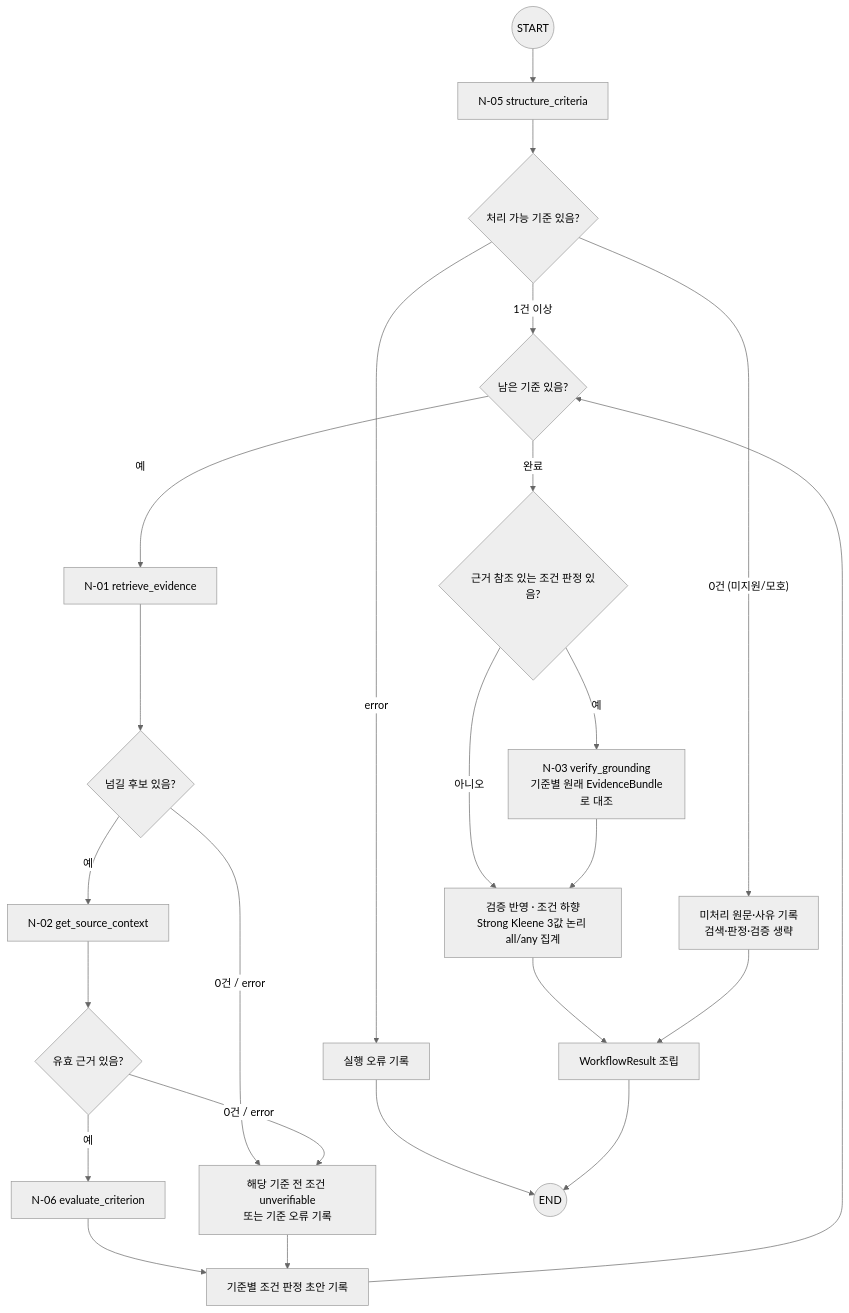
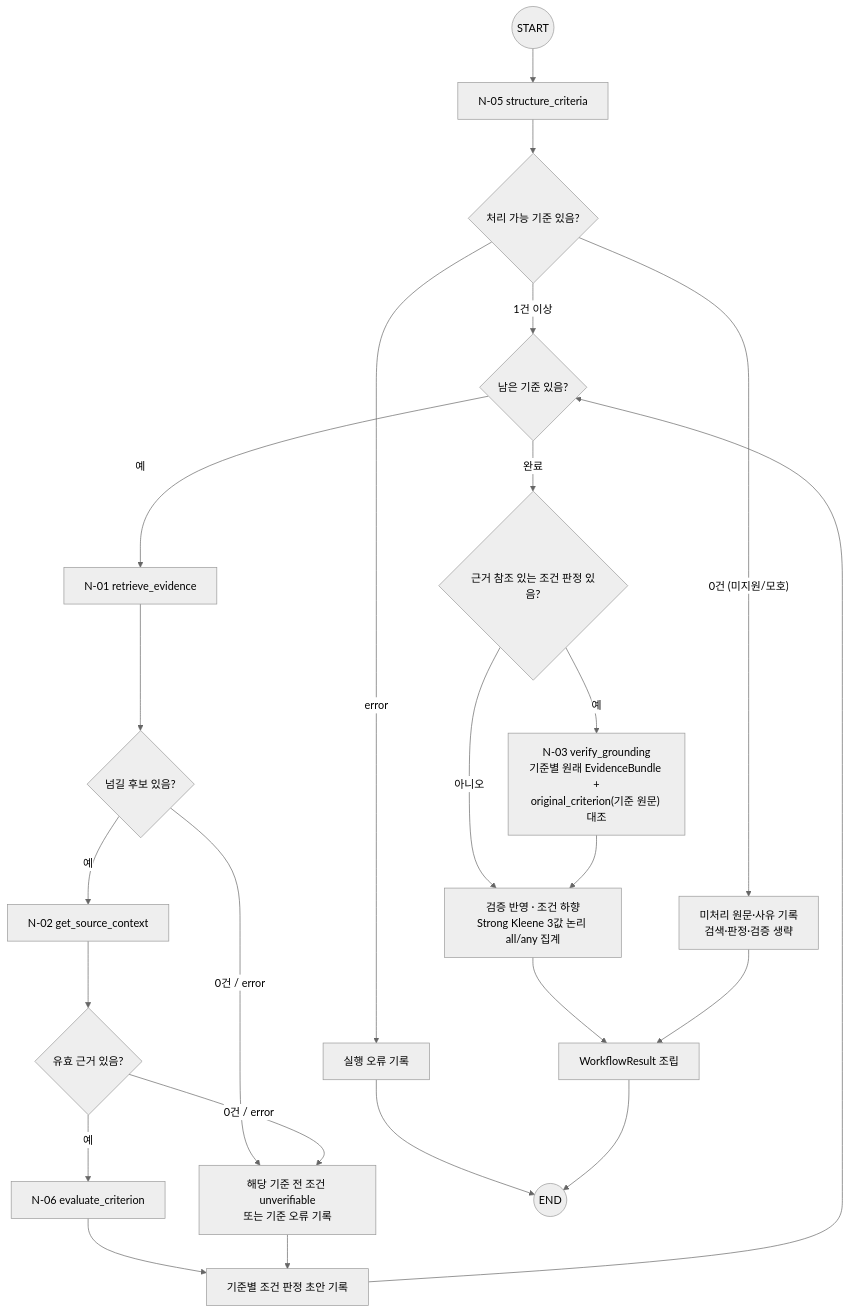
One commit to Jungminii-1114/ReportAnchor changed the diagram in docs/big-nodes/T-02.md. Above: the diagram before and after it, drawn with Mermaid (neutral theme). The commit also changed other lines of this file and 12 other files, not shown here.

````diff
--- a/docs/big-nodes/T-02.md
+++ b/docs/big-nodes/T-02.md
@@ -42,26 +42,26 @@
 ```mermaid
 flowchart TD
   START((START)) --> N05["N-05 structure_criteria"]
   N05 --> CHECK{"처리 가능 기준 있음?"}
   CHECK -->|"error"| ERR["실행 오류 기록"]
   CHECK -->|"0건 (미지원/모호)"| NO_CRITERIA["미처리 원문·사유 기록<br/>검색·판정·검증 생략"]
   CHECK -->|"1건 이상"| LOOP{"남은 기준 있음?"}
   LOOP -->|예| N01["N-01 retrieve_evidence"]
   N01 --> C{"넘길 후보 있음?"}
   C -->|예| N02["N-02 get_source_context"]
   C -->|"0건 / error"| HOLD["해당 기준 전 조건 unverifiable<br/>또는 기준 오류 기록"]
   N02 --> D{"유효 근거 있음?"}
   D -->|예| N06["N-06 evaluate_criterion"]
   D -->|"0건 / error"| HOLD
   N06 --> SAVE["기준별 조건 판정 초안 기록"]
   HOLD --> SAVE
   SAVE --> LOOP
   LOOP -->|완료| E{"근거 참조 있는 조건 판정 있음?"}
-  E -->|예| N03["N-03 verify_grounding<br/>기준별 원래 EvidenceBundle로 대조"]
+  E -->|예| N03["N-03 verify_grounding<br/>기준별 원래 EvidenceBundle +<br/>original_criterion(기준 원문) 대조"]
   E -->|아니오| AGG["검증 반영 · 조건 하향<br/>Strong Kleene 3값 논리 all/any 집계"]
   N03 --> AGG
   AGG --> RESULT["WorkflowResult 조립"]
   NO_CRITERIA --> RESULT
   ERR --> END((END))
   RESULT --> END
 ```
````
